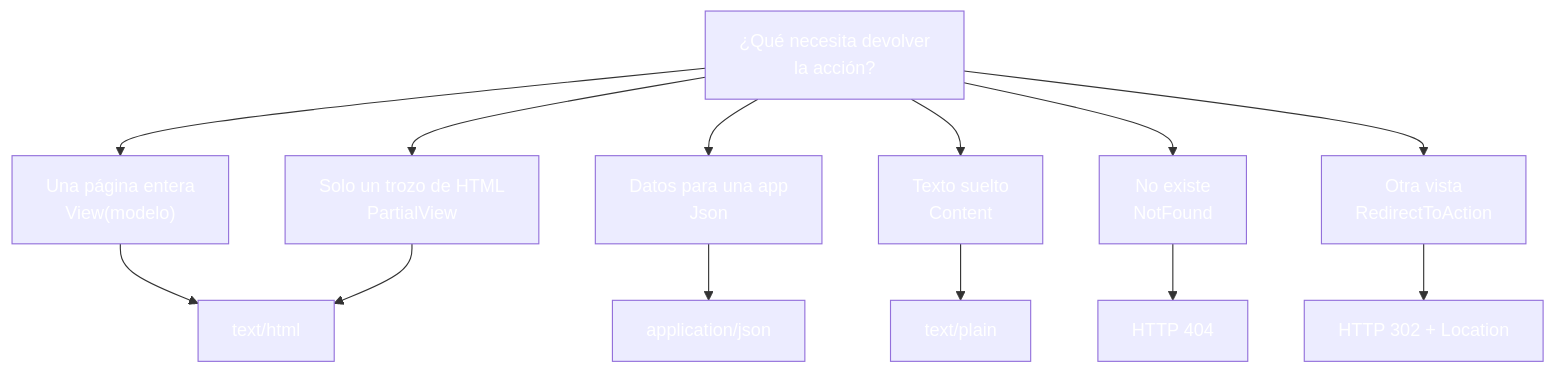
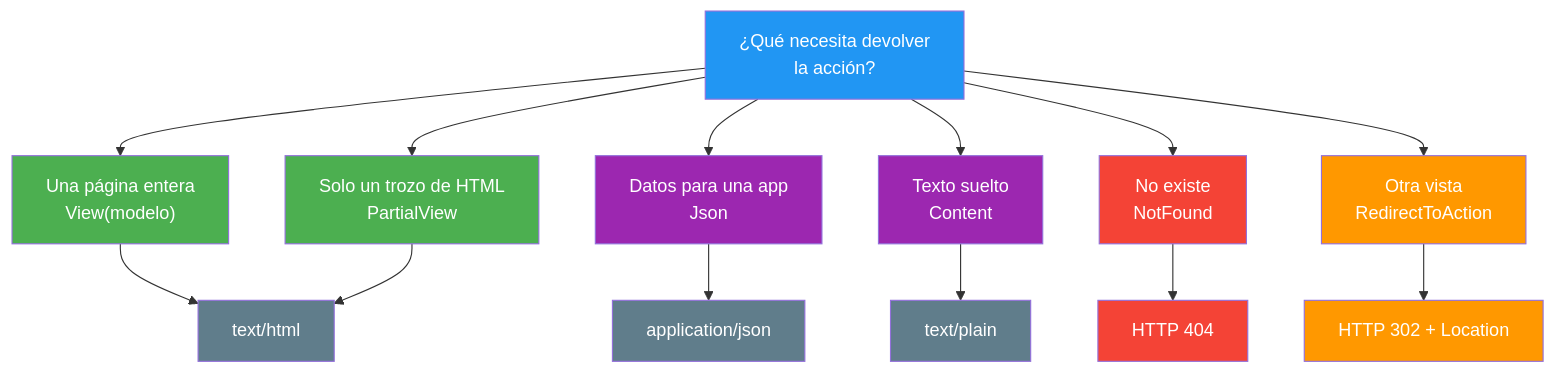
One commit to joseluisgs/DesarrolloWebEntornosServidor-03-2026-2027 changed the second of 4 diagrams in 08-mvc-controladores.md. Above: the diagram before and after it, drawn with Mermaid. The commit also changed other lines of this file and 25 other files, not shown here.

Commit message:
docs: corregir los estilos Mermaid de los temas y alinear el dominio del tema 25 con ProductosApp

````diff
--- a/08-mvc-controladores.md
+++ b/08-mvc-controladores.md
@@ -233,27 +233,27 @@
 ```mermaid
 graph TD
     Q["¿Qué necesita devolver<br/>la acción?"] --> A["Una página entera<br/>View(modelo)"]
     Q --> B["Solo un trozo de HTML<br/>PartialView"]
     Q --> C["Datos para una app<br/>Json"]
     Q --> D["Texto suelto<br/>Content"]
     Q --> E["No existe<br/>NotFound"]
     Q --> F["Otra vista<br/>RedirectToAction"]
     A --> R1["text/html"]
     B --> R1
     C --> R2["application/json"]
     D --> R3["text/plain"]
     E --> R4["HTTP 404"]
     F --> R5["HTTP 302 + Location"]
-    style Q fill:#2196F,color:#fff3,color:#fff
-    style A fill:#4CAF5,color:#fff0,color:#fff
-    style B fill:#4CAF5,color:#fff0,color:#fff
-    style C fill:#9C27B,color:#fff0,color:#fff
-    style D fill:#9C27B,color:#fff0,color:#fff
-    style E fill:#f4433,color:#fff6,color:#fff
-    style F fill:#FF980,color:#fff0,color:#fff
-    style R1 fill:#607D8,color:#fffB,color:#fff
-    style R2 fill:#607D8,color:#fffB,color:#fff
-    style R3 fill:#607D8,color:#fffB,color:#fff
-    style R4 fill:#f4433,color:#fff6,color:#fff
-    style R5 fill:#FF980,color:#fff0,color:#fff
+    style Q fill:#2196F3,color:#fff
+    style A fill:#4CAF50,color:#fff
+    style B fill:#4CAF50,color:#fff
+    style C fill:#9C27B0,color:#fff
+    style D fill:#9C27B0,color:#fff
+    style E fill:#f44336,color:#fff
+    style F fill:#FF9800,color:#fff
+    style R1 fill:#607D8B,color:#fff
+    style R2 fill:#607D8B,color:#fff
+    style R3 fill:#607D8B,color:#fff
+    style R4 fill:#f44336,color:#fff
+    style R5 fill:#FF9800,color:#fff
 ```
````
